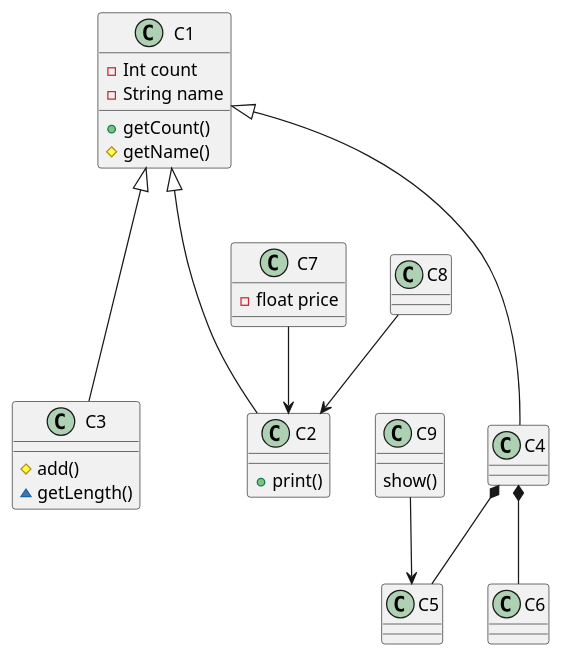
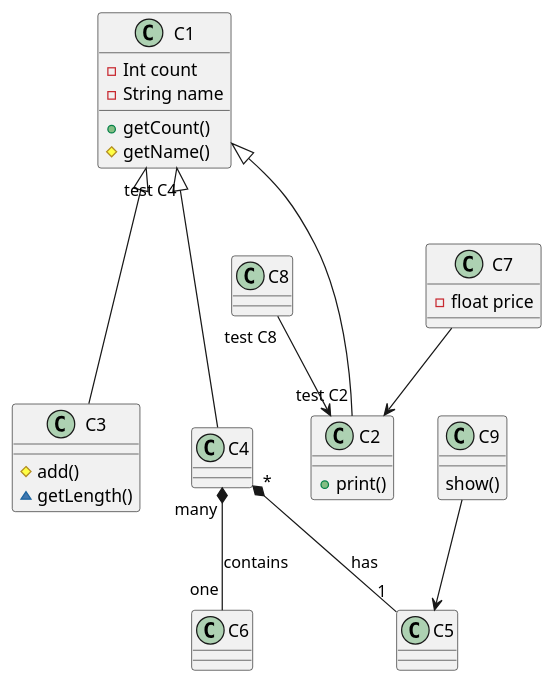
One commit to Tomas124589/pyplaml changed the diagram in examples/06_class_tree_with_attributes.puml. Above: the diagram before and after it, drawn with PlantUML. The commit also changed 4 other files, not shown here.

```diff
--- a/examples/06_class_tree_with_attributes.puml
+++ b/examples/06_class_tree_with_attributes.puml
@@ -1,27 +1,27 @@
 @startuml "Class attributes"
-C1 <|--- C2
+C1 <|--- "test C2" C2
 C1 <|--- C3
-C1 <|--- C4
+C1 "test C4" <|--- C4
 
 C1 : -Int count
 C1 : -String name
 C1 : +getCount()
 C1 : #getName()
 
 C2 : +print()
 
 C3 : #add()
 C3 : ~getLength()
 
-C4 *-- C5
-C4 *-- C6
+C4 "*" *-- "1" C5 : has
+C4 "many" *-- "one" C6 : contains
 
 C7 --> C2
-C8 --> C2
+C8 "test C8" --> C2
 
 C7 : -float price
 
 C9 --> C5
 
 C9 : show()
 @enduml
```
